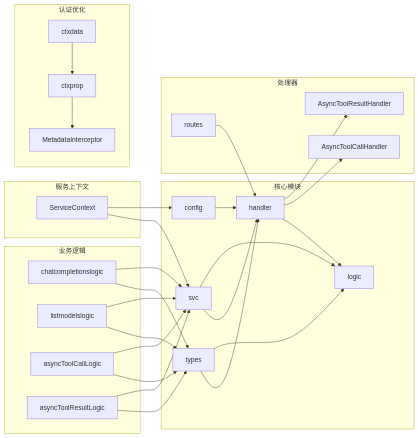
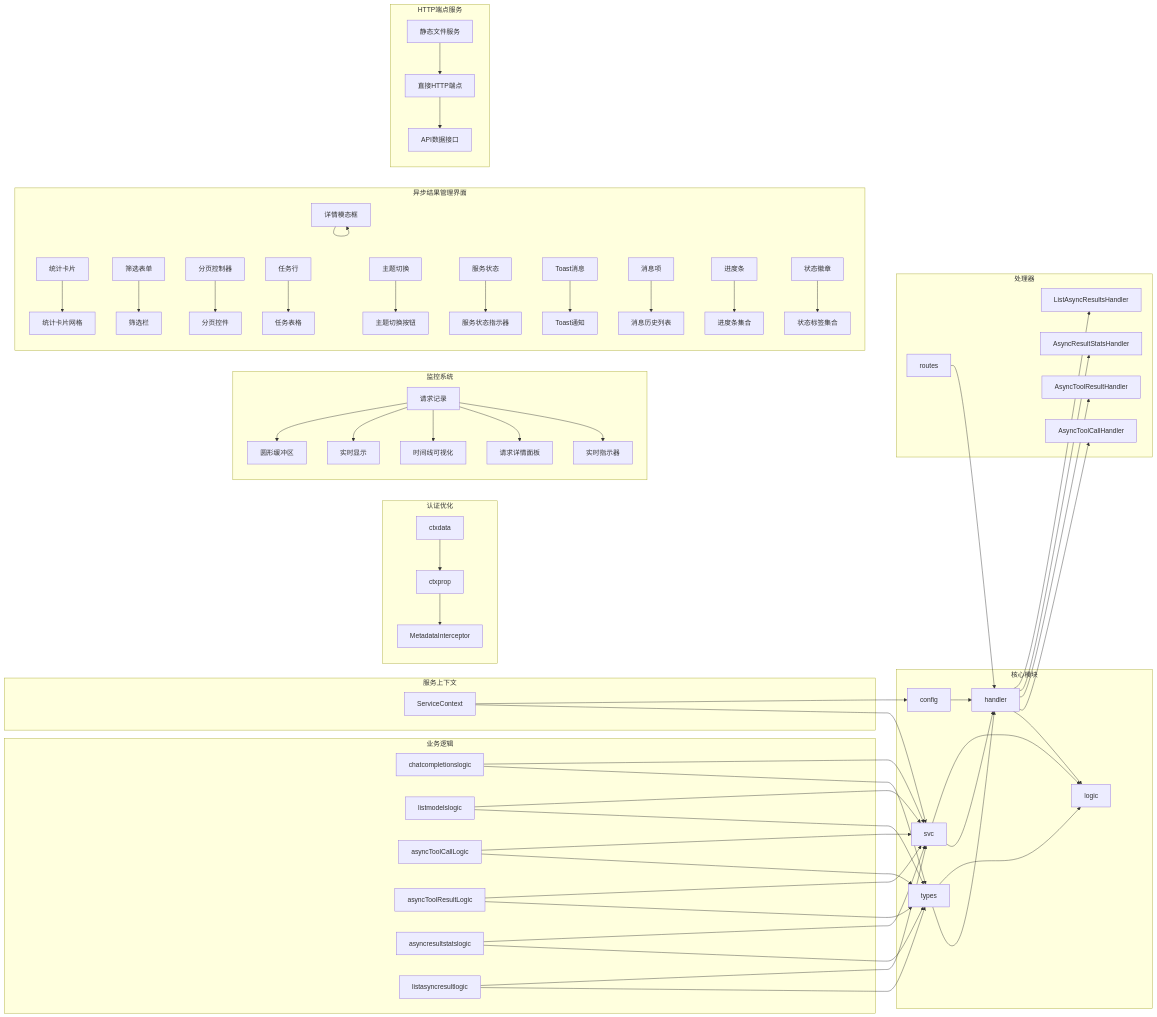
Before and after one commit to maomao94/zero-service: diagram 36 of 36 in .qoder/repowiki/zh/content/Aigtw Gateway Service.md, drawn with Mermaid. The commit also changed other lines of this file and 58 other files, not shown here.

````diff
--- a/.qoder/repowiki/zh/content/Aigtw Gateway Service.md
+++ b/.qoder/repowiki/zh/content/Aigtw Gateway Service.md
@@ -723,34 +1359,64 @@
 ```mermaid
 graph LR
 subgraph "核心模块"
 Config[config] --> Handler[handler]
 Types[types] --> Handler
 Types --> Logic[logic]
 Svc[svc] --> Handler
 Svc --> Logic
 end
 subgraph "处理器"
 Routes[routes] --> Handler
 Handler --> Logic
 Handler --> AsyncToolCallHandler
 Handler --> AsyncToolResultHandler
+Handler --> AsyncResultStatsHandler
+Handler --> ListAsyncResultsHandler
 end
 subgraph "业务逻辑"
 ChatLogic[chatcompletionslogic] --> Types
 ChatLogic --> Svc
 ModelLogic[listmodelslogic] --> Types
 ModelLogic --> Svc
 AsyncCallLogic[asyncToolCallLogic] --> Types
 AsyncCallLogic --> Svc
 AsyncResultLogic[asyncToolResultLogic] --> Types
 AsyncResultLogic --> Svc
+AsyncStatsLogic[asyncresultstatslogic] --> Types
+AsyncStatsLogic --> Svc
+ListResultsLogic[listasyncresultlogic] --> Types
+ListResultsLogic --> Svc
 end
 subgraph "服务上下文"
 ServiceContext --> Svc
 ServiceContext --> Config
 end
 subgraph "认证优化"
 CtxData[ctxdata] --> CtxProp[ctxprop]
 CtxProp --> MetadataInterceptor
 end
+subgraph "监控系统"
+RequestRecord[请求记录] --> CircularBuffer[圆形缓冲区]
+RequestRecord --> RealTimeDisplay[实时显示]
+RequestRecord --> TimelineVisualization[时间线可视化]
+RequestRecord --> RequestDetailPanel[请求详情面板]
+RequestRecord --> LiveIndicator[实时指示器]
+end
+subgraph "异步结果管理界面"
+StatsCard[统计卡片] --> StatsGrid[统计卡片网格]
+FilterForm[筛选表单] --> FilterBar[筛选栏]
+PaginationCtrl[分页控制器] --> Pagination[分页控件]
+TaskRow[任务行] --> TaskTable[任务表格]
+DetailModal[详情模态框] --> DetailModal
+ThemeSwitch[主题切换] --> ThemeToggle[主题切换按钮]
+ServiceIndicator[服务状态] --> ServiceStatus[服务状态指示器]
+ToastMsg[Toast消息] --> Toast[Toast通知]
+MessageItem[消息项] --> MessagesList[消息历史列表]
+ProgressBar[进度条] --> ProgressBars[进度条集合]
+StatusBadge[状态徽章] --> StatusTags[状态标签集合]
+end
+subgraph "HTTP端点服务"
+StaticFileServer[静态文件服务] --> DirectEndpoint[直接HTTP端点]
+DirectEndpoint --> APIData[API数据接口]
+end
 ```
````
